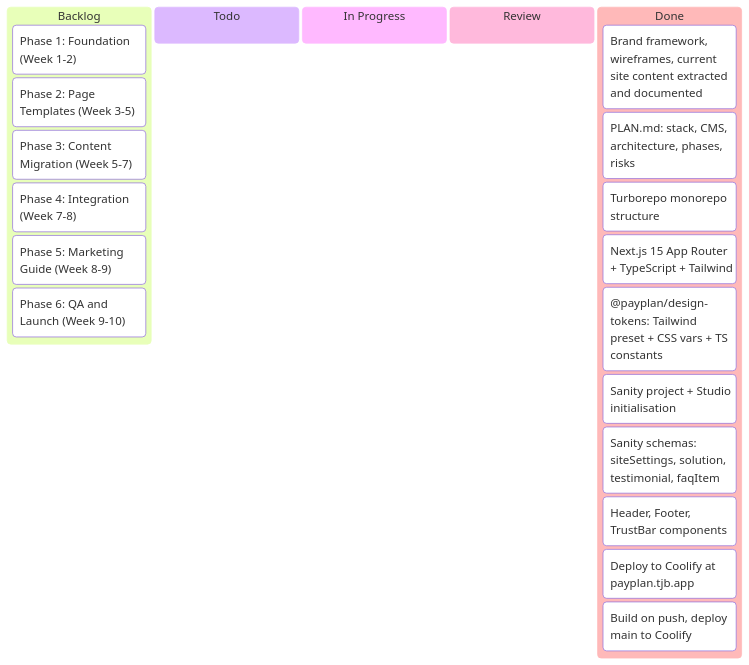
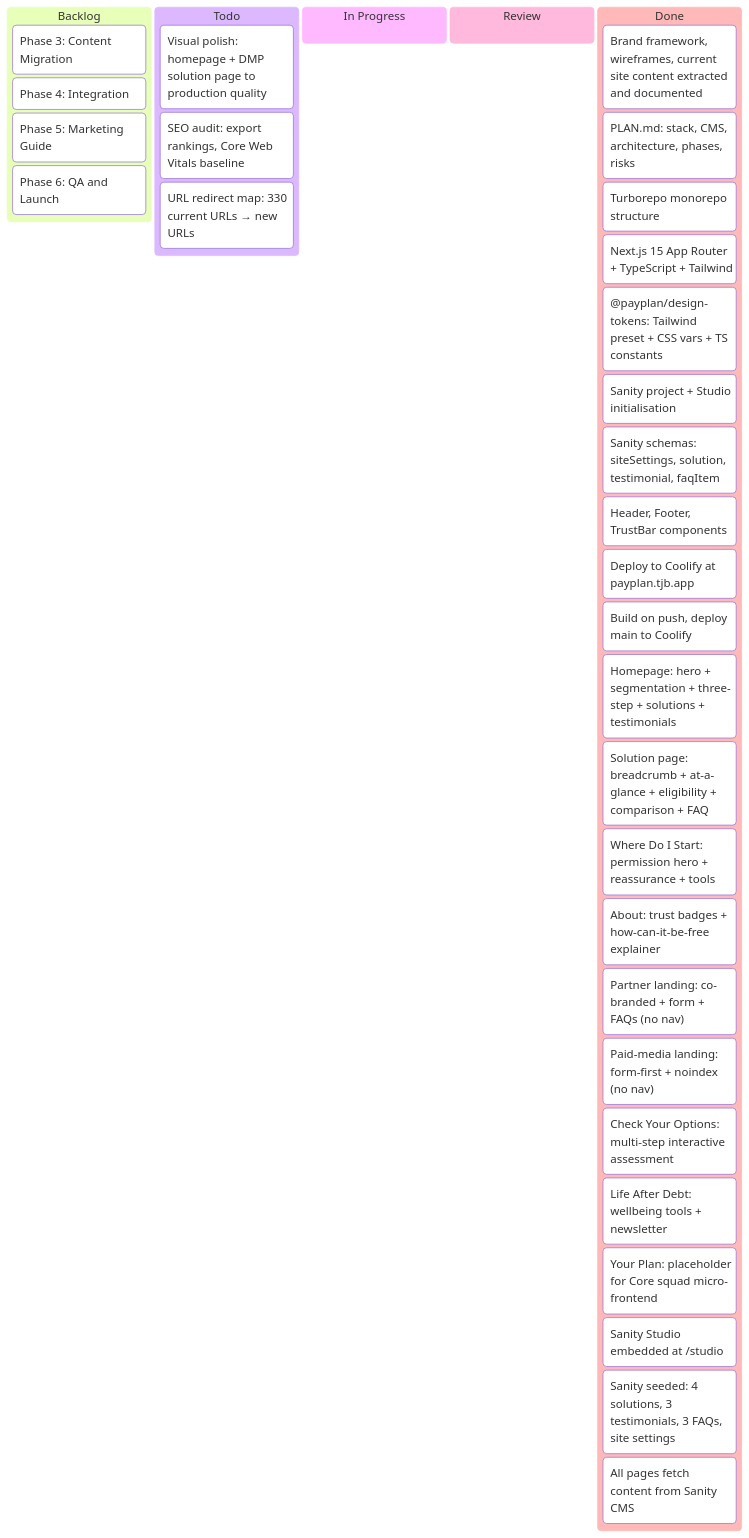
Before and after one commit to timothybroome/payplan-website: the diagram in KANBAN.md, drawn with Mermaid. The commit also changed other lines of this file and 13 other files, not shown here.

First line of the commit message:
Visual polish: homepage and solution page to production quality

````diff
--- a/KANBAN.md
+++ b/KANBAN.md
@@ -3,27 +3,40 @@
 ```mermaid
 ---
 title: payplan-website
 ---
 kanban
   Backlog
-    Phase 1 Foundation["Phase 1: Foundation (Week 1-2)"]
-    Phase 2 Templates["Phase 2: Page Templates (Week 3-5)"]
-    Phase 3 Content["Phase 3: Content Migration (Week 5-7)"]
-    Phase 4 Integration["Phase 4: Integration (Week 7-8)"]
-    Phase 5 Guide["Phase 5: Marketing Guide (Week 8-9)"]
-    Phase 6 Launch["Phase 6: QA and Launch (Week 9-10)"]
+    Phase 3 Content["Phase 3: Content Migration"]
+    Phase 4 Integration["Phase 4: Integration"]
+    Phase 5 Guide["Phase 5: Marketing Guide"]
+    Phase 6 Launch["Phase 6: QA and Launch"]
   Todo
+    Visual polish["Visual polish: homepage + DMP solution page to production quality"]
+    SEO audit["SEO audit: export rankings, Core Web Vitals baseline"]
+    URL redirect map["URL redirect map: 330 current URLs → new URLs"]
   In Progress
   Review
   Done
     Source materials["Brand framework, wireframes, current site content extracted and documented"]
     Technical plan["PLAN.md: stack, CMS, architecture, phases, risks"]
     Monorepo setup["Turborepo monorepo structure"]
     Next.js scaffold["Next.js 15 App Router + TypeScript + Tailwind"]
     Design tokens package["@payplan/design-tokens: Tailwind preset + CSS vars + TS constants"]
     Sanity project setup["Sanity project + Studio initialisation"]
     Core schemas["Sanity schemas: siteSettings, solution, testimonial, faqItem"]
     Layout components["Header, Footer, TrustBar components"]
     Coolify deploy["Deploy to Coolify at payplan.tjb.app"]
     CI pipeline["Build on push, deploy main to Coolify"]
+    Homepage["Homepage: hero + segmentation + three-step + solutions + testimonials"]
+    Solution page["Solution page: breadcrumb + at-a-glance + eligibility + comparison + FAQ"]
+    Where Do I Start["Where Do I Start: permission hero + reassurance + tools"]
+    About page["About: trust badges + how-can-it-be-free explainer"]
+    Partner landing["Partner landing: co-branded + form + FAQs (no nav)"]
+    Paid-media landing["Paid-media landing: form-first + noindex (no nav)"]
+    Self-serve assessment["Check Your Options: multi-step interactive assessment"]
+    Life After Debt["Life After Debt: wellbeing tools + newsletter"]
+    Your Plan placeholder["Your Plan: placeholder for Core squad micro-frontend"]
+    Sanity Studio route["Sanity Studio embedded at /studio"]
+    Content seed["Sanity seeded: 4 solutions, 3 testimonials, 3 FAQs, site settings"]
+    CMS wiring["All pages fetch content from Sanity CMS"]
 ```
````
